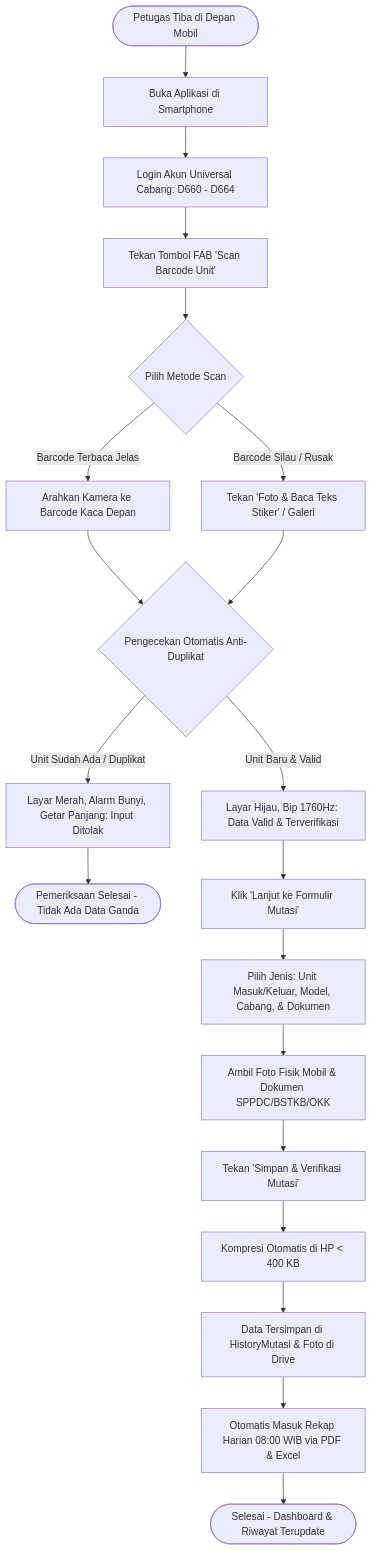
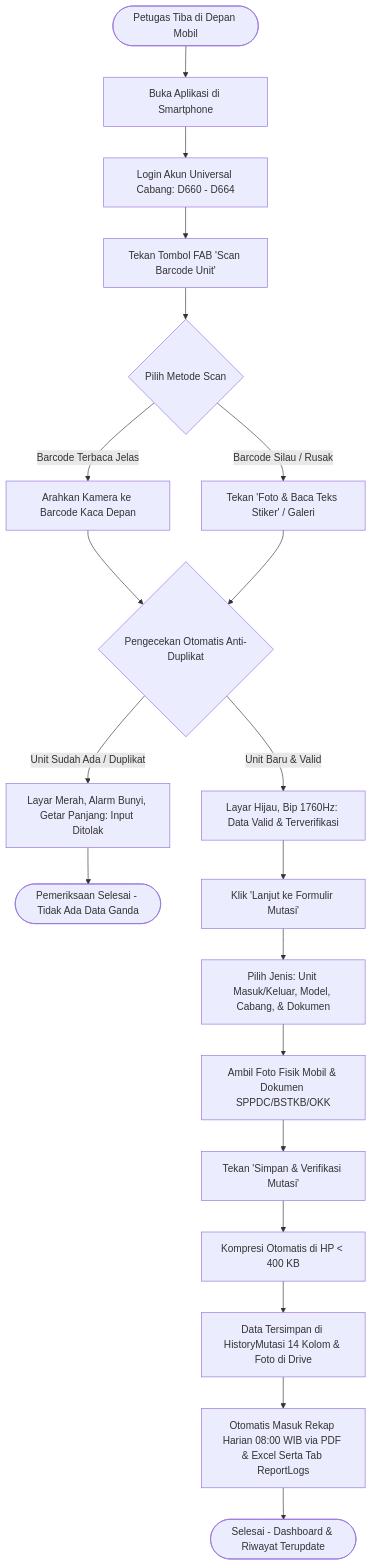
One commit to miyuraa1001/Management-StockYard changed the second of 2 diagrams in PRD.md. Above: the diagram before and after it, drawn with Mermaid. The commit also changed other lines of this file and 4 other files, not shown here.

Commit message:
feat(notifications): preserve ReportLogs tab sync in frontend and documentation

````diff
--- a/PRD.md
+++ b/PRD.md
@@ -370,28 +377,28 @@
 ```mermaid
 flowchart TD
     Start([Petugas Tiba di Depan Mobil]) --> OpenApp[Buka Aplikasi di Smartphone]
     OpenApp --> LoginUniversal[Login Akun Universal Cabang: D660 - D664]
     LoginUniversal --> ClickScan[Tekan Tombol FAB 'Scan Barcode Unit']
     ClickScan --> ChooseMode{Pilih Metode Scan}
     
     ChooseMode -->|Barcode Terbaca Jelas| ModeBarcode[Arahkan Kamera ke Barcode Kaca Depan]
     ChooseMode -->|Barcode Silau / Rusak| ModeOCR[Tekan 'Foto & Baca Teks Stiker' / Galeri]
     
     ModeBarcode --> CheckDupe{Pengecekan Otomatis Anti-Duplikat}
     ModeOCR --> CheckDupe
     
     CheckDupe -->|Unit Sudah Ada / Duplikat| Blocked[Layar Merah, Alarm Bunyi, Getar Panjang: Input Ditolak]
     Blocked --> FinishDuplicate([Pemeriksaan Selesai - Tidak Ada Data Ganda])
     
     CheckDupe -->|Unit Baru & Valid| Verified[Layar Hijau, Bip 1760Hz: Data Valid & Terverifikasi]
     Verified --> Step2[Klik 'Lanjut ke Formulir Mutasi']
     
     Step2 --> FillForm[Pilih Jenis: Unit Masuk/Keluar, Model, Cabang, & Dokumen]
     FillForm --> SnapPhotos[Ambil Foto Fisik Mobil & Dokumen SPPDC/BSTKB/OKK]
     SnapPhotos --> Submit[Tekan 'Simpan & Verifikasi Mutasi']
     
     Submit --> CompressImg[Kompresi Otomatis di HP < 400 KB]
-    CompressImg --> CloudSync[Data Tersimpan di HistoryMutasi & Foto di Drive]
-    CloudSync --> AutoReport[Otomatis Masuk Rekap Harian 08:00 WIB via PDF & Excel]
+    CompressImg --> CloudSync[Data Tersimpan di HistoryMutasi 14 Kolom & Foto di Drive]
+    CloudSync --> AutoReport[Otomatis Masuk Rekap Harian 08:00 WIB via PDF & Excel Serta Tab ReportLogs]
     AutoReport --> Done([Selesai - Dashboard & Riwayat Terupdate])
 ```
````
